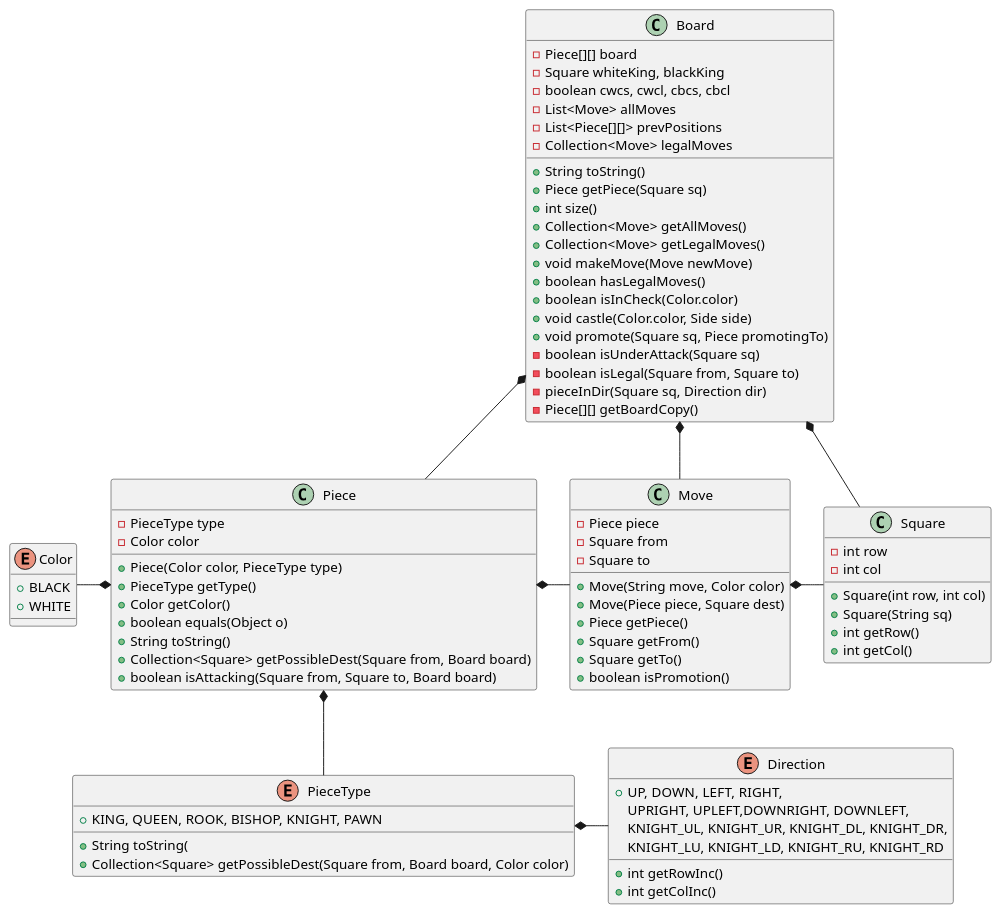
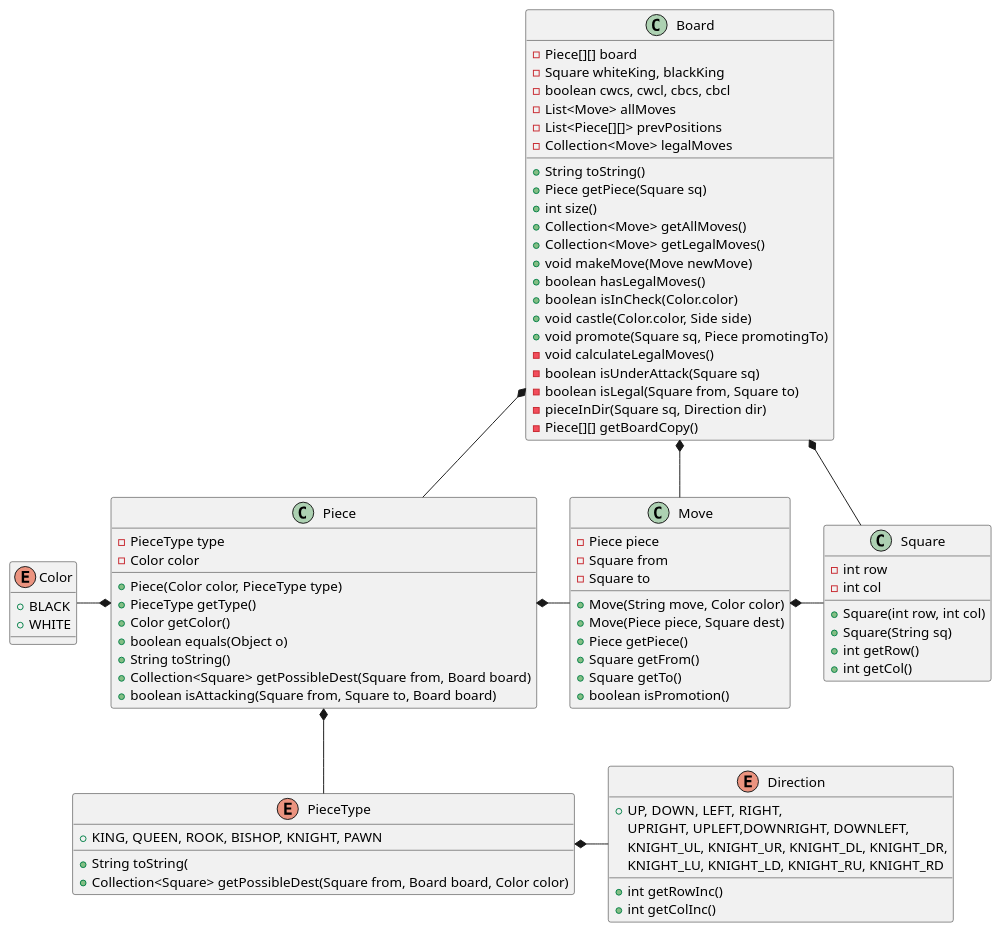
The diagram in src/Chess/utils/Chess_diagram.puml (rodrihern/POO-ITBA), drawn with PlantUML before and after one commit. The commit also changed 5 other files, not shown here.

```diff
--- a/src/Chess/utils/Chess_diagram.puml
+++ b/src/Chess/utils/Chess_diagram.puml
@@ -1,90 +1,91 @@
 @startuml
 
 
 class Board {
     -Piece[][] board
     -Square whiteKing, blackKing
     -boolean cwcs, cwcl, cbcs, cbcl
     -List<Move> allMoves
     -List<Piece[][]> prevPositions
     -Collection<Move> legalMoves
     +String toString()
     +Piece getPiece(Square sq)
     +int size()
     +Collection<Move> getAllMoves()
     +Collection<Move> getLegalMoves()
     +void makeMove(Move newMove)
     +boolean hasLegalMoves()
     +boolean isInCheck(Color.color)
     +void castle(Color.color, Side side)
     +void promote(Square sq, Piece promotingTo)
+    -void calculateLegalMoves()
     -boolean isUnderAttack(Square sq)
     -boolean isLegal(Square from, Square to)
     -pieceInDir(Square sq, Direction dir)
     -Piece[][] getBoardCopy()
 
 }
 
 class Piece {
     -PieceType type
     -Color color
     +Piece(Color color, PieceType type)
     +PieceType getType()
     +Color getColor()
     +boolean equals(Object o)
     +String toString()
     +Collection<Square> getPossibleDest(Square from, Board board)
     +boolean isAttacking(Square from, Square to, Board board)
 }
 
 class Move {
     -Piece piece
     -Square from
     -Square to
     +Move(String move, Color color)
     +Move(Piece piece, Square dest)
     +Piece getPiece()
     +Square getFrom()
     +Square getTo()
     +boolean isPromotion()
 }
 
 class Square {
     -int row
     -int col
     +Square(int row, int col)
     +Square(String sq)
     +int getRow()
     +int getCol()
 }
 
 enum Color {
     +BLACK
     +WHITE
 }
 
 enum Direction {
     +UP, DOWN, LEFT, RIGHT,
     UPRIGHT, UPLEFT,DOWNRIGHT, DOWNLEFT,
     KNIGHT_UL, KNIGHT_UR, KNIGHT_DL, KNIGHT_DR,
     KNIGHT_LU, KNIGHT_LD, KNIGHT_RU, KNIGHT_RD
     +int getRowInc()
     +int getColInc()
 }
 
 enum PieceType {
     +KING, QUEEN, ROOK, BISHOP, KNIGHT, PAWN
     +String toString(
     +Collection<Square> getPossibleDest(Square from, Board board, Color color)
 }
 
 Board *- Move
 Board *-- Square
 Move *- Square
 Piece *- Move
 Board *-- Piece
 Piece *-- PieceType
 PieceType *- Direction
 Color -* Piece
 
 @enduml
```
